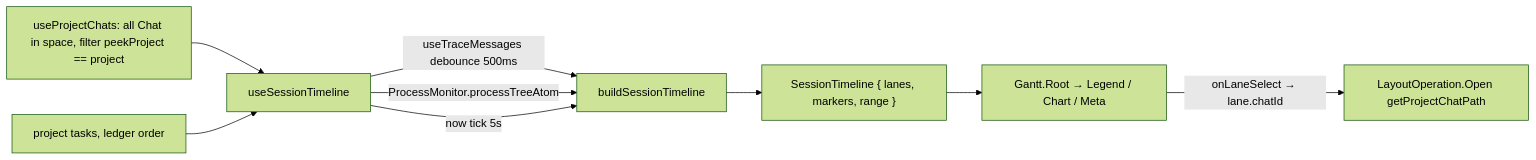
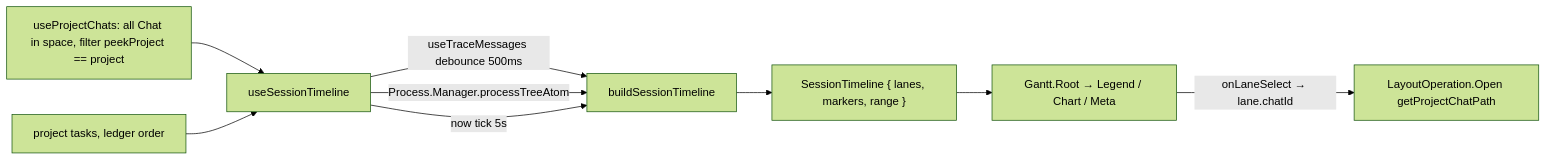
Before and after one commit to dxos/dxos: the seventh of 9 diagrams in packages/plugins/plugin-assistant/docs/ACTIVITY.md, drawn with Mermaid (forest theme). The commit also changed other lines of this file and 37 other files, not shown here.

First line of the commit message:
compute: Process.Manager replaces Process.Monitor; add Process.isTerminal

````diff
--- a/packages/plugins/plugin-assistant/docs/ACTIVITY.md
+++ b/packages/plugins/plugin-assistant/docs/ACTIVITY.md
@@ -497,11 +497,11 @@
 ```mermaid
 flowchart LR
   Q1[useProjectChats: all Chat in space, filter peekProject == project] --> H
   Q2[project tasks, ledger order] --> H
   H[useSessionTimeline] --> |useTraceMessages debounce 500ms| B
-  H --> |ProcessMonitor.processTreeAtom| B
+  H --> |Process.Manager.processTreeAtom| B
   H --> |now tick 5s| B
   B[buildSessionTimeline] --> ST["SessionTimeline { lanes, markers, range }"]
   ST --> GR[Gantt.Root → Legend / Chart / Meta]
   GR --> |onLaneSelect → lane.chatId| OPEN[LayoutOperation.Open getProjectChatPath]
 ```
````
